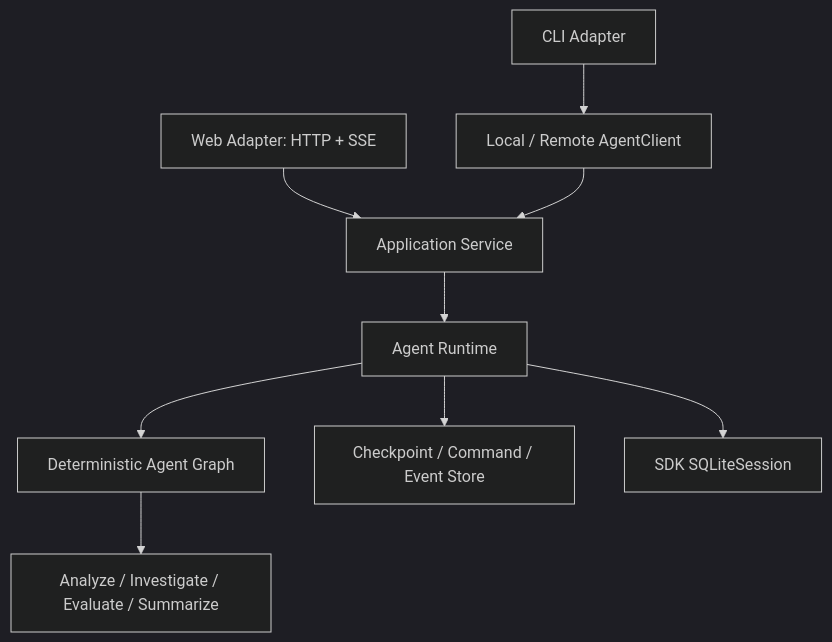
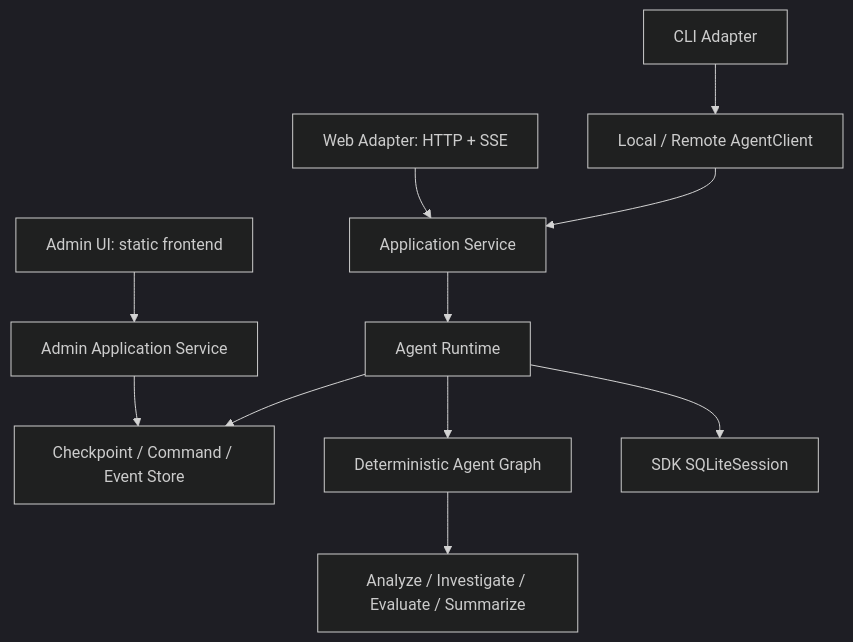
One commit to Dahaoge666/BugLens changed the second of 2 diagrams in docs/architecture.md. Above: the diagram before and after it, drawn with Mermaid (dark theme). The commit also changed other lines of this file and 45 other files, not shown here.

Commit message:
feat: add admin control plane and web frontend

````diff
--- a/docs/architecture.md
+++ b/docs/architecture.md
@@ -40,11 +44,13 @@
 ```mermaid
 flowchart TD
     CLI[CLI Adapter] --> C[Local / Remote AgentClient]
     WEB[Web Adapter: HTTP + SSE] --> APP[Application Service]
+    ADMIN[Admin UI: static frontend] --> ADM[Admin Application Service]
     C --> APP
+    ADM --> CP
     APP --> R[Agent Runtime]
     R --> G[Deterministic Agent Graph]
     R --> CP[Checkpoint / Command / Event Store]
     R --> SS[SDK SQLiteSession]
     G --> N[Analyze / Investigate / Evaluate / Summarize]
 ```
````
